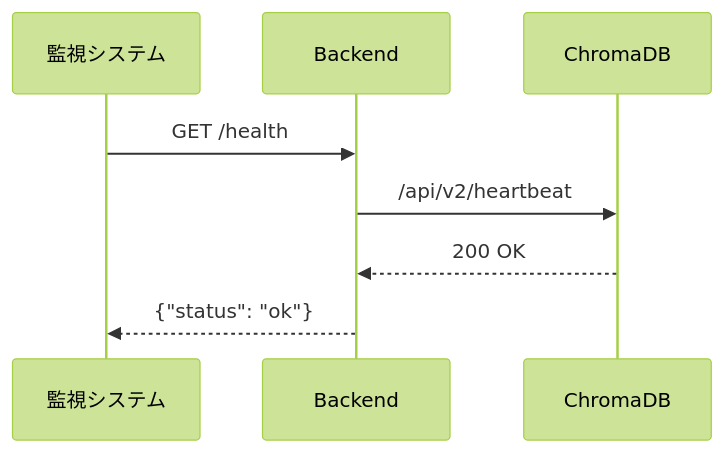
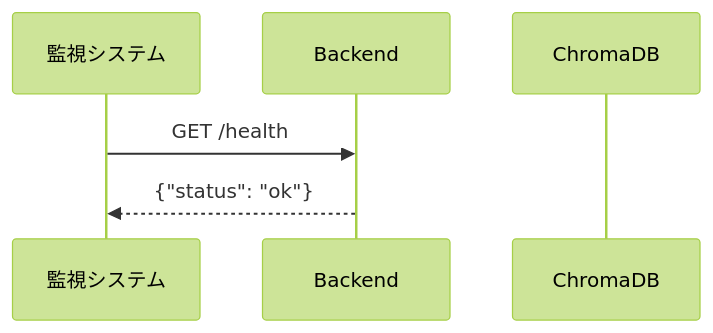
The third of 6 diagrams in docs/design/sequence_diagrams.md (redmine54/ai_chat), drawn with Mermaid (forest theme) before and after one commit. The commit also changed other lines of this file and 13 other files, not shown here.

````diff
--- a/docs/design/sequence_diagrams.md
+++ b/docs/design/sequence_diagrams.md
@@ -63,11 +63,9 @@
 ```mermaid
 sequenceDiagram
     participant MON as 監視システム
     participant BE as Backend
     participant DB as ChromaDB
 
     MON->>BE: GET /health
-    BE->>DB: /api/v2/heartbeat
-    DB-->>BE: 200 OK
     BE-->>MON: {"status": "ok"}
 ```
````
